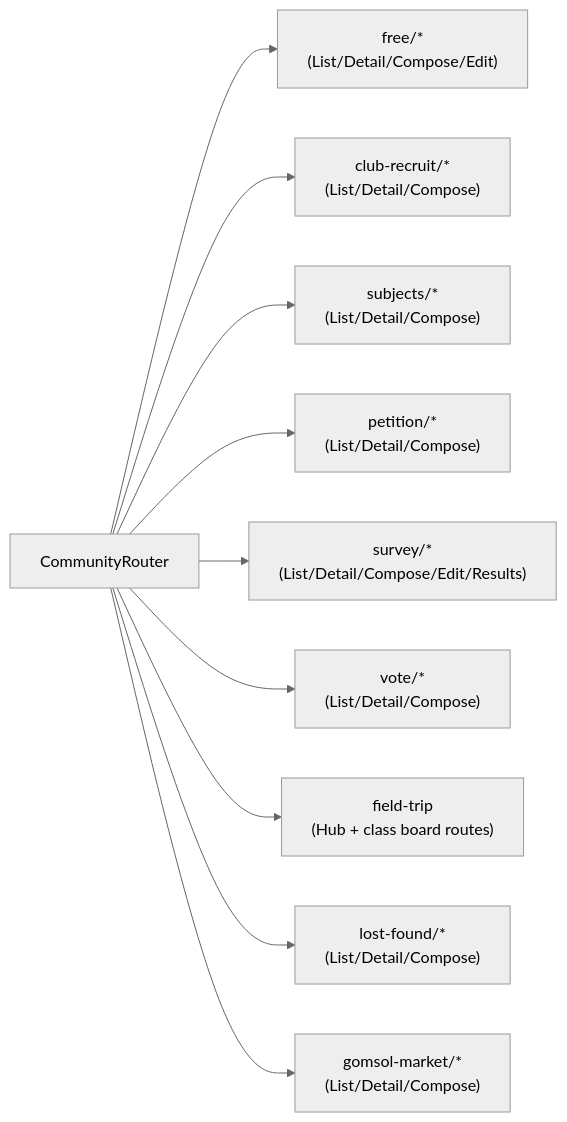
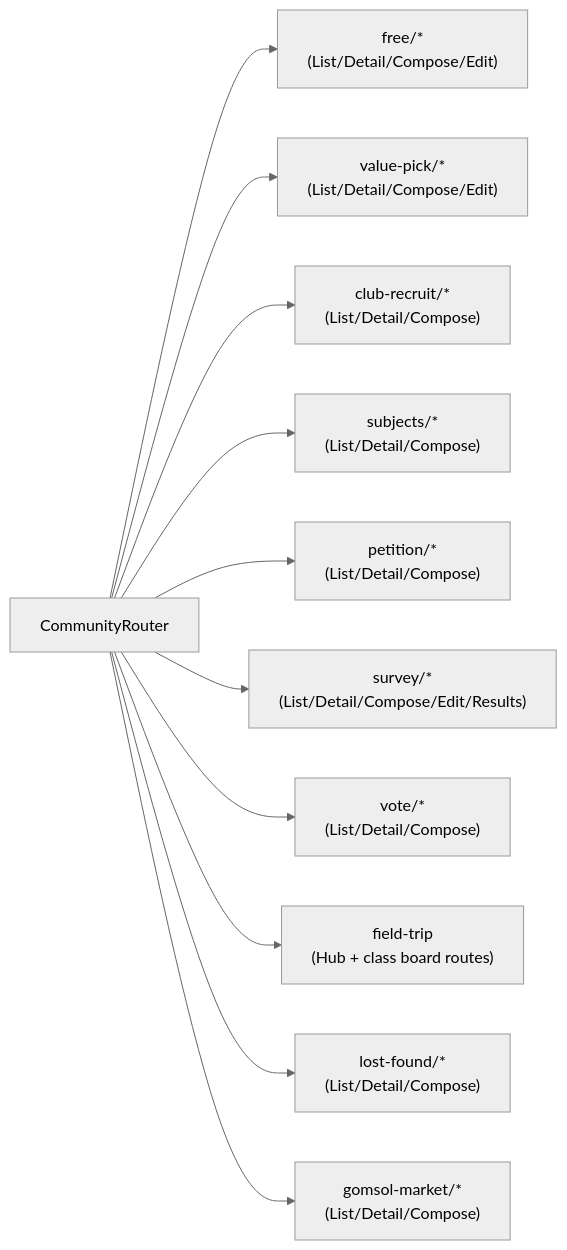
Before and after one commit to hanjm-github/beomseo.in: diagram 12 of 14 in frontend/docs/frontend-architecture.md, drawn with Mermaid (neutral theme). The commit also changed other lines of this file and 29 other files, not shown here.

````diff
--- a/frontend/docs/frontend-architecture.md
+++ b/frontend/docs/frontend-architecture.md
@@ -335,12 +356,13 @@
 ```mermaid
 graph LR
     CR["CommunityRouter"] --> FREE["free/*\n(List/Detail/Compose/Edit)"]
+    CR --> VP["value-pick/*\n(List/Detail/Compose/Edit)"]
     CR --> CLUB["club-recruit/*\n(List/Detail/Compose)"]
     CR --> SUBJ["subjects/*\n(List/Detail/Compose)"]
     CR --> PET["petition/*\n(List/Detail/Compose)"]
     CR --> SUR["survey/*\n(List/Detail/Compose/Edit/Results)"]
     CR --> VOTE["vote/*\n(List/Detail/Compose)"]
     CR --> FT["field-trip\n(Hub + class board routes)"]
     CR --> LF["lost-found/*\n(List/Detail/Compose)"]
     CR --> GM["gomsol-market/*\n(List/Detail/Compose)"]
 ```
````
